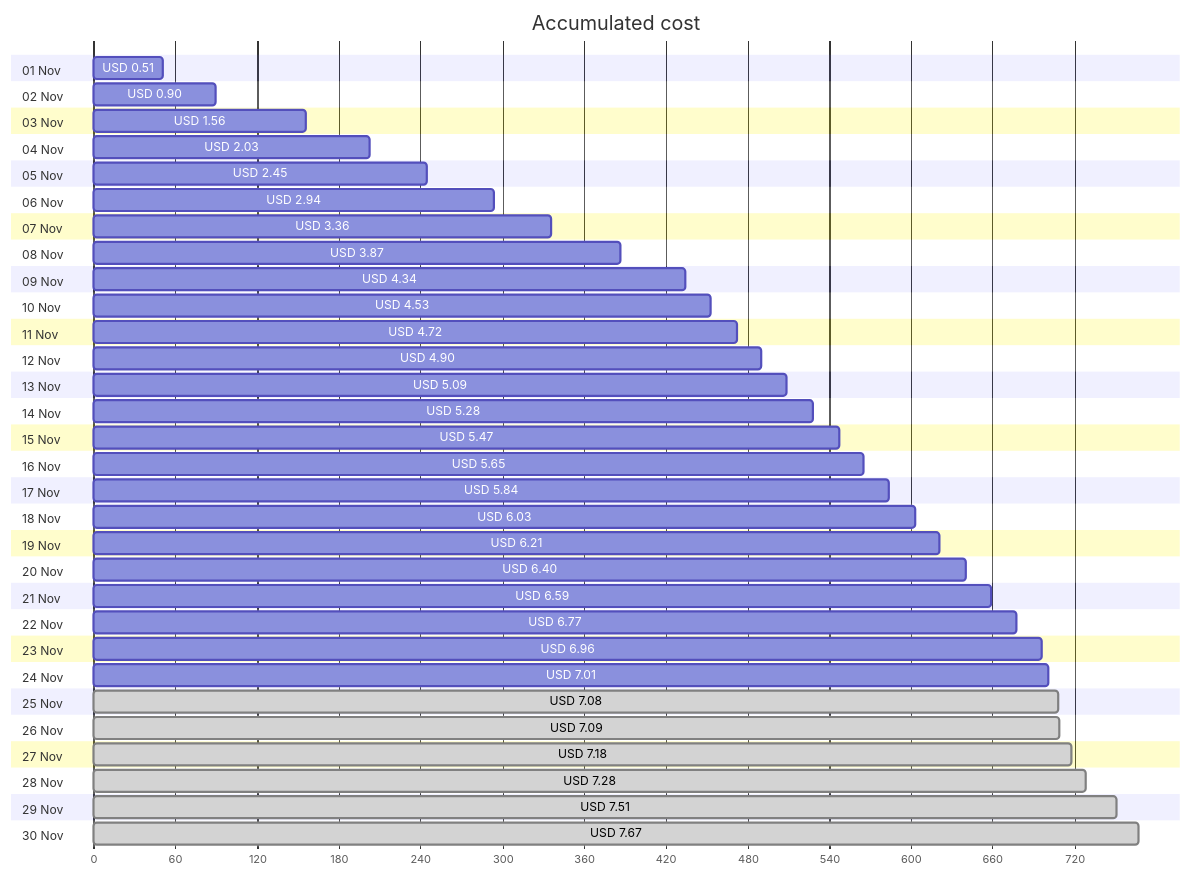
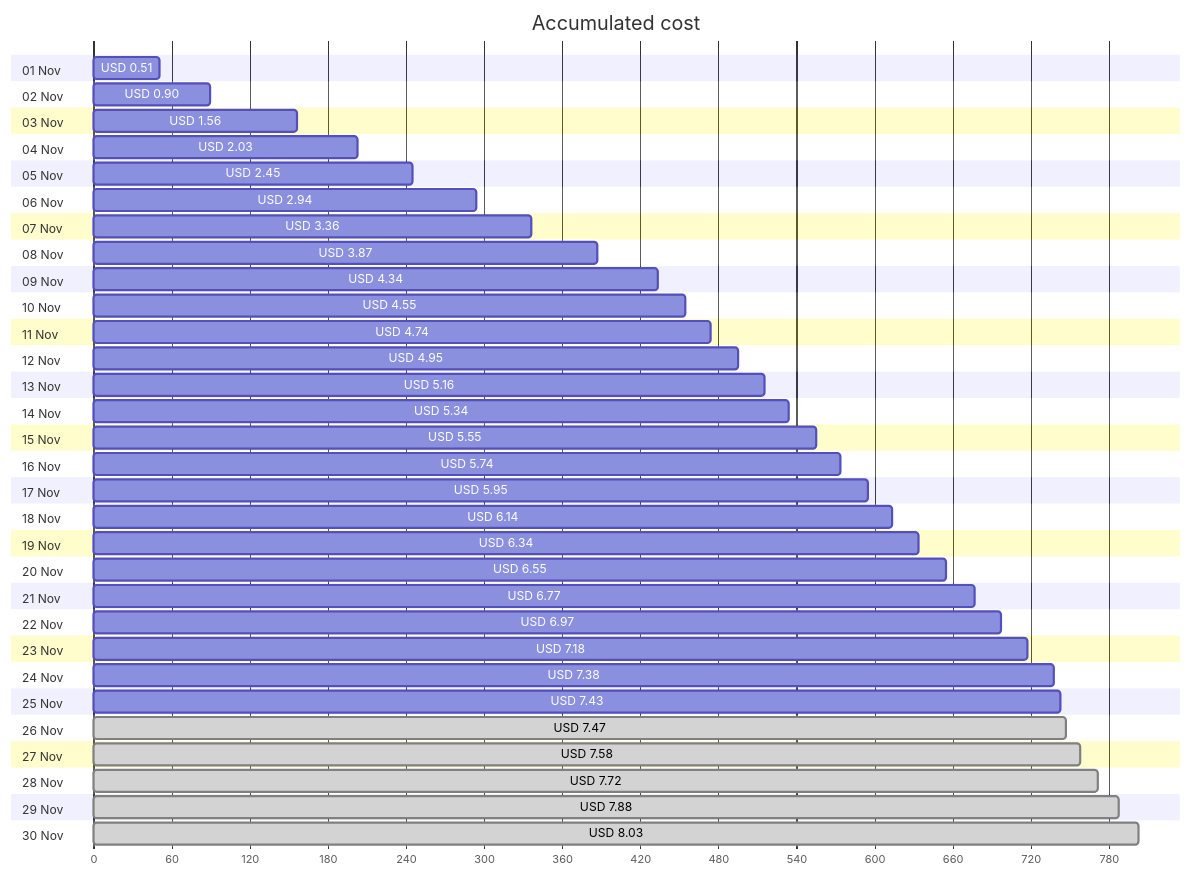
One commit to jpfulton/azure-personal-reports changed the first of 4 diagrams in cost-reports/personal-network/vpn-server.md. Above: the diagram before and after it, drawn with Mermaid. The commit also changed other lines of this file and 8 other files, not shown here.

````diff
--- a/cost-reports/personal-network/vpn-server.md
+++ b/cost-reports/personal-network/vpn-server.md
@@ -20,66 +20,66 @@
 ```mermaid
 gantt
    title Accumulated cost
    dateFormat  X
    axisFormat %s
    section 01 Nov
    USD 0.51 :0, 51
    section 02 Nov
    USD 0.90 :0, 90
    section 03 Nov
    USD 1.56 :0, 156
    section 04 Nov
    USD 2.03 :0, 203
    section 05 Nov
    USD 2.45 :0, 245
    section 06 Nov
    USD 2.94 :0, 294
    section 07 Nov
    USD 3.36 :0, 336
    section 08 Nov
    USD 3.87 :0, 387
    section 09 Nov
    USD 4.34 :0, 434
    section 10 Nov
-   USD 4.53 :0, 453
+   USD 4.55 :0, 455
    section 11 Nov
-   USD 4.72 :0, 472
+   USD 4.74 :0, 474
    section 12 Nov
-   USD 4.90 :0, 490
+   USD 4.95 :0, 495
    section 13 Nov
-   USD 5.09 :0, 509
+   USD 5.16 :0, 516
    section 14 Nov
-   USD 5.28 :0, 528
+   USD 5.34 :0, 534
    section 15 Nov
-   USD 5.47 :0, 547
+   USD 5.55 :0, 555
    section 16 Nov
-   USD 5.65 :0, 565
+   USD 5.74 :0, 574
    section 17 Nov
-   USD 5.84 :0, 584
+   USD 5.95 :0, 595
    section 18 Nov
-   USD 6.03 :0, 603
+   USD 6.14 :0, 614
    section 19 Nov
-   USD 6.21 :0, 621
+   USD 6.34 :0, 634
    section 20 Nov
-   USD 6.40 :0, 640
+   USD 6.55 :0, 655
    section 21 Nov
-   USD 6.59 :0, 659
+   USD 6.77 :0, 677
    section 22 Nov
-   USD 6.77 :0, 677
+   USD 6.97 :0, 697
    section 23 Nov
-   USD 6.96 :0, 696
+   USD 7.18 :0, 718
    section 24 Nov
-   USD 7.01 :0, 701
+   USD 7.38 :0, 738
    section 25 Nov
-   USD 7.08 : done, 0, 708
+   USD 7.43 :0, 743
    section 26 Nov
-   USD 7.09 : done, 0, 709
+   USD 7.47 : done, 0, 747
    section 27 Nov
-   USD 7.18 : done, 0, 718
+   USD 7.58 : done, 0, 758
    section 28 Nov
-   USD 7.28 : done, 0, 728
+   USD 7.72 : done, 0, 772
    section 29 Nov
-   USD 7.51 : done, 0, 751
+   USD 7.88 : done, 0, 788
    section 30 Nov
-   USD 7.67 : done, 0, 767
+   USD 8.03 : done, 0, 803
 ```
````
